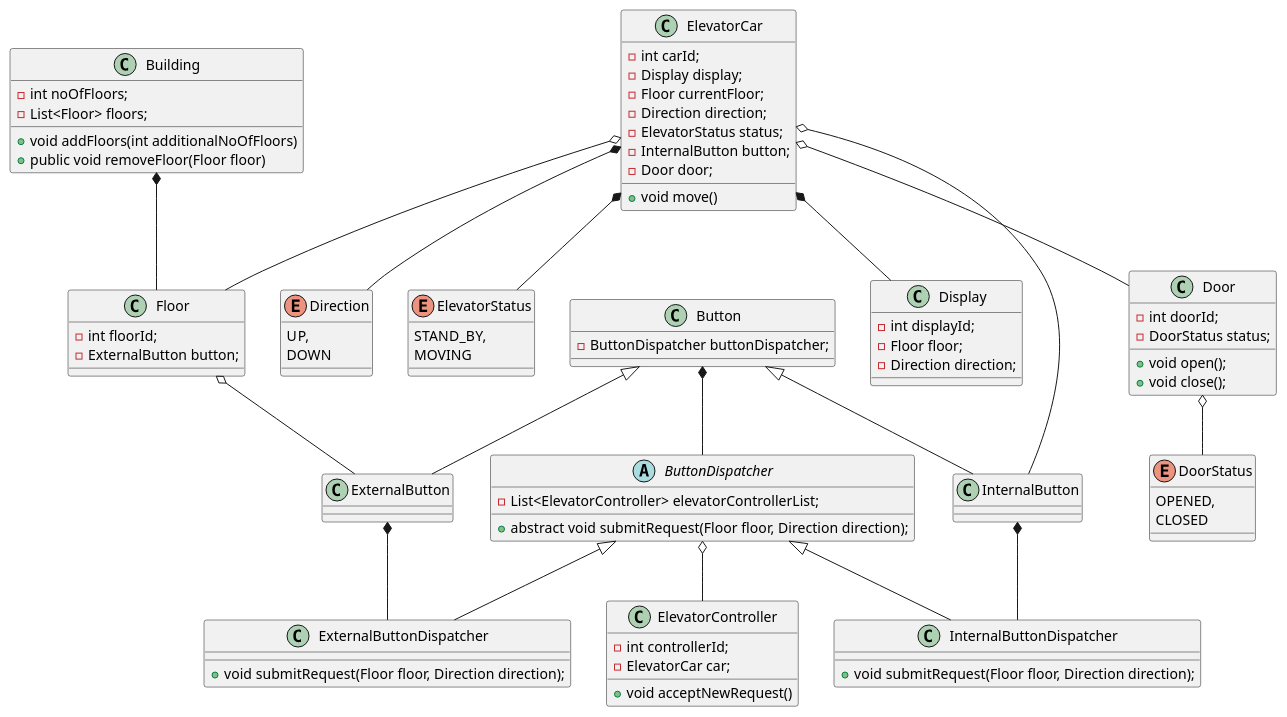
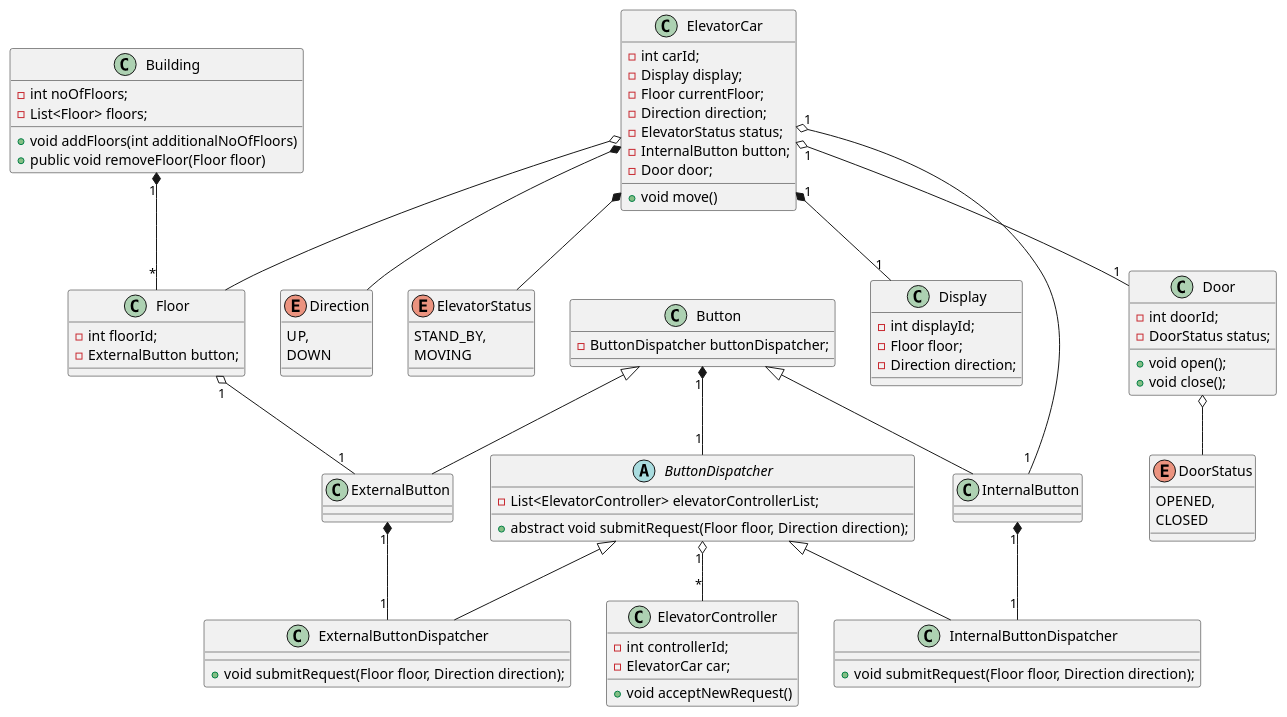
The diagram in umlDiagram.puml (AnusrutaD/ElevatorSystem), drawn with PlantUML before and after one commit. The commit also changed 1 other file, not shown here.

```diff
--- a/umlDiagram.puml
+++ b/umlDiagram.puml
@@ -1,110 +1,109 @@
 @startuml
 'https://plantuml.com/class-diagram
 
 class Building {
     - int noOfFloors;
     - List<Floor> floors;
 
     + void addFloors(int additionalNoOfFloors)
     + public void removeFloor(Floor floor)
 }
 
 class Floor {
     - int floorId;
     - ExternalButton button;
 }
-
-Building *-- Floor
 
 class ElevatorCar {
     - int carId;
     - Display display;
     - Floor currentFloor;
     - Direction direction;
     - ElevatorStatus status;
     - InternalButton button;
     - Door door;
 
     + void move()
 }
 
 class Display {
     - int displayId;
     - Floor floor;
     - Direction direction;
 }
 
 class Door {
     - int doorId;
     - DoorStatus status;
 
     + void open();
     + void close();
 }
 
 enum Direction {
     UP,
     DOWN
 }
 
 enum DoorStatus {
     OPENED,
     CLOSED
 }
 
 enum ElevatorStatus {
     STAND_BY,
     MOVING
 }
 
 class Button {
     - ButtonDispatcher buttonDispatcher;
 }
 
 class InternalButton
 
 class ExternalButton
 
-Button <|-- InternalButton
-Button <|-- ExternalButton
-
-ElevatorCar *-- Display
-ElevatorCar o-- Floor
-ElevatorCar *-- Direction
-ElevatorCar *-- ElevatorStatus
-ElevatorCar o-- InternalButton
-ElevatorCar o-- Door
-Door o-- DoorStatus
-Floor o-- ExternalButton
 
 abstract class ButtonDispatcher {
     - List<ElevatorController> elevatorControllerList;
 
     + abstract void submitRequest(Floor floor, Direction direction);
 }
 
 class InternalButtonDispatcher {
     + void submitRequest(Floor floor, Direction direction);
 }
 
 class ExternalButtonDispatcher {
     + void submitRequest(Floor floor, Direction direction);
 }
 
-ButtonDispatcher <|-- InternalButtonDispatcher
-ButtonDispatcher <|-- ExternalButtonDispatcher
-
-Button *-- ButtonDispatcher
-InternalButton *-- InternalButtonDispatcher
-ExternalButton *-- ExternalButtonDispatcher
-
 class ElevatorController {
     - int controllerId;
     - ElevatorCar car;
 
     + void acceptNewRequest()
 }
 
-ButtonDispatcher o-- ElevatorController
+Building "1" *-- "*" Floor
+
+Button <|-- InternalButton
+Button <|-- ExternalButton
+
+ElevatorCar "1" *-- "1" Display
+ElevatorCar o-- Floor
+ElevatorCar *-- Direction
+ElevatorCar *-- ElevatorStatus
+ElevatorCar "1" o-- "1" InternalButton
+ElevatorCar "1" o-- "1" Door
+Door o-- DoorStatus
+Floor "1" o-- "1" ExternalButton
+ButtonDispatcher <|-- InternalButtonDispatcher
+ButtonDispatcher <|-- ExternalButtonDispatcher
+
+Button "1" *-- "1" ButtonDispatcher
+InternalButton "1" *-- "1" InternalButtonDispatcher
+ExternalButton "1" *-- "1" ExternalButtonDispatcher
+ButtonDispatcher "1" o-- "*" ElevatorController
 
 @enduml
```
